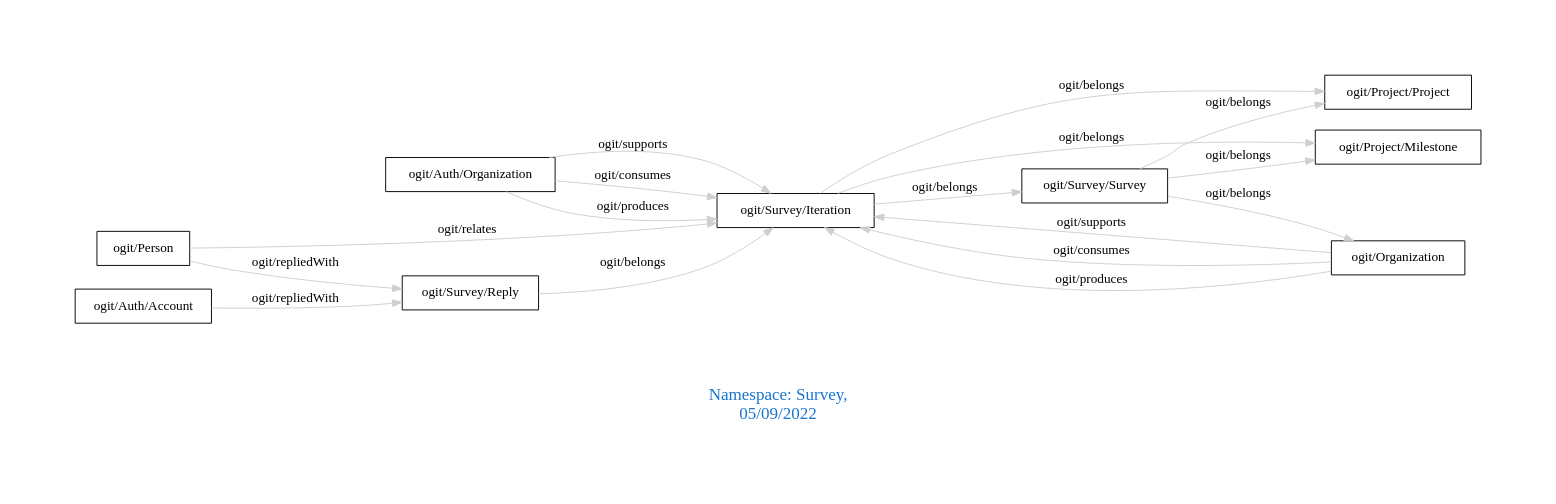
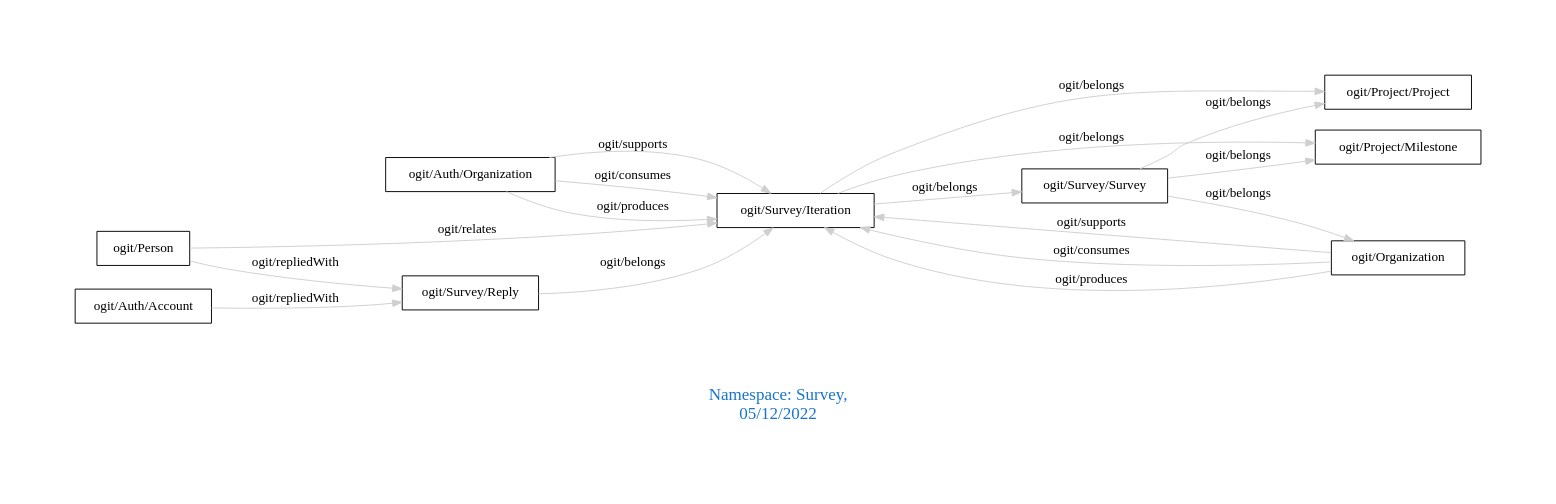
The diagram in downloads/Survey.dot (arago/OGIT), drawn with Graphviz before and after one commit. The commit also changed 1925 other files, not shown here.

```diff
--- a/downloads/Survey.dot
+++ b/downloads/Survey.dot
@@ -1,24 +1,24 @@
 digraph OGIT_ontology {
  graph [ rankdir= LR,pad=1 
 fontsize = 18,
-fontcolor= dodgerblue3,label = "\n\n\nNamespace: Survey, \n 05/09/2022"];
+fontcolor= dodgerblue3,label = "\n\n\nNamespace: Survey, \n 05/12/2022"];
 node[shape=polygon];
 edge [  color="gray81"];
 
    "ogit/Auth/Organization" -> "ogit/Survey/Iteration" [label="   ogit/supports    "];
    "ogit/Organization" -> "ogit/Survey/Iteration" [label="   ogit/supports    "];
    "ogit/Auth/Organization" -> "ogit/Survey/Iteration" [label="   ogit/consumes    "];
    "ogit/Organization" -> "ogit/Survey/Iteration" [label="   ogit/consumes    "];
    "ogit/Auth/Organization" -> "ogit/Survey/Iteration" [label="   ogit/produces    "];
    "ogit/Organization" -> "ogit/Survey/Iteration" [label="   ogit/produces    "];
    "ogit/Survey/Iteration" -> "ogit/Project/Milestone" [label="   ogit/belongs    "];
    "ogit/Survey/Iteration" -> "ogit/Project/Project" [label="   ogit/belongs    "];
    "ogit/Survey/Iteration" -> "ogit/Survey/Survey" [label="   ogit/belongs    "];
    "ogit/Survey/Reply" -> "ogit/Survey/Iteration" [label="   ogit/belongs    "];
    "ogit/Survey/Survey" -> "ogit/Organization" [label="   ogit/belongs    "];
    "ogit/Survey/Survey" -> "ogit/Project/Milestone" [label="   ogit/belongs    "];
    "ogit/Survey/Survey" -> "ogit/Project/Project" [label="   ogit/belongs    "];
    "ogit/Auth/Account" -> "ogit/Survey/Reply" [label="   ogit/repliedWith    "];
    "ogit/Person" -> "ogit/Survey/Reply" [label="   ogit/repliedWith    "];
    "ogit/Person" -> "ogit/Survey/Iteration" [label="   ogit/relates    "];
 }
```
